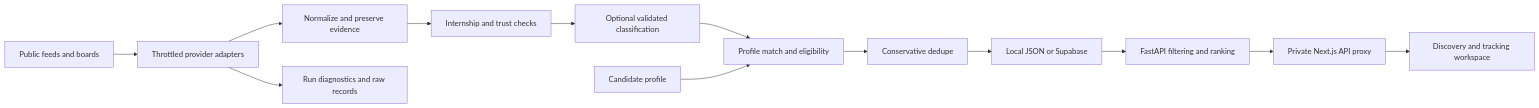
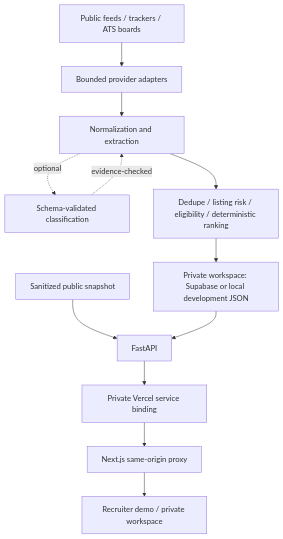
One commit to oceankumar/Internship-Intelligence-Platform changed the diagram in README.md. Above: the diagram before and after it, drawn with Mermaid. The commit also changed other lines of this file and 39 other files, not shown here.

Commit message:
feat: prepare safe recruiter demo and InternAI Services release

````diff
--- a/README.md
+++ b/README.md
@@ -29,15 +26,14 @@
 ```mermaid
-flowchart LR
-  Sources[Public feeds and boards] --> Providers[Throttled provider adapters]
-  Providers --> Parse[Normalize and preserve evidence]
-  Parse --> Rules[Internship and trust checks]
-  Rules --> AI[Optional validated classification]
-  AI --> Score[Profile match and eligibility]
-  Score --> Merge[Conservative dedupe]
-  Merge --> Store[Local JSON or Supabase]
-  Store --> API[FastAPI filtering and ranking]
-  API --> Proxy[Private Next.js API proxy]
-  Proxy --> UI[Discovery and tracking workspace]
-  Profile[Candidate profile] --> Score
-  Providers --> Runs[Run diagnostics and raw records]
+flowchart TD
+  Sources[Public feeds / trackers / ATS boards] --> Adapters[Bounded provider adapters]
+  Adapters --> Normalize[Normalization and extraction]
+  Normalize -. optional .-> LLM[Schema-validated classification]
+  LLM -. evidence-checked .-> Normalize
+  Normalize --> Pipeline[Dedupe / listing risk / eligibility / deterministic ranking]
+  Pipeline --> Store[Private workspace: Supabase or local development JSON]
+  Snapshot[Sanitized public snapshot] --> API[FastAPI]
+  Store --> API
+  API --> Binding[Private Vercel service binding]
+  Binding --> Next[Next.js same-origin proxy]
+  Next --> Browser[Recruiter demo / private workspace]
 ```
````
